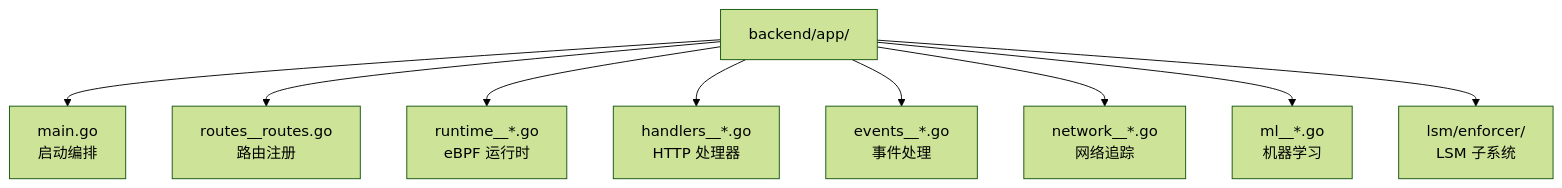
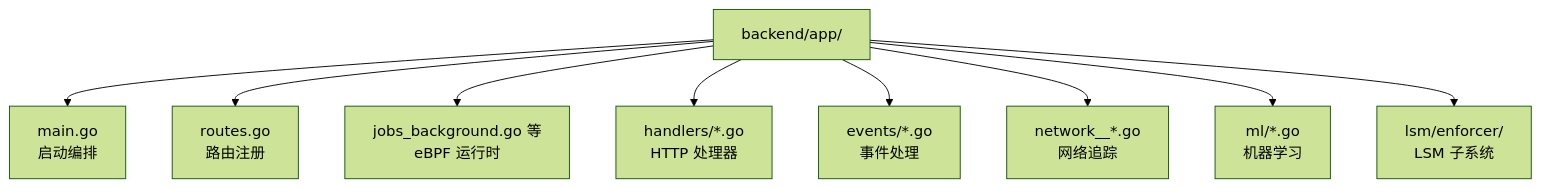
One commit to stevessr/agent-ebpf-filter changed the first of 3 diagrams in docs/reference/implementation-patterns.md. Above: the diagram before and after it, drawn with Mermaid (forest theme). The commit also changed other lines of this file and 13 other files, not shown here.

````diff
--- a/docs/reference/implementation-patterns.md
+++ b/docs/reference/implementation-patterns.md
@@ -430,12 +430,12 @@
 ```mermaid
 flowchart TD
     Root["backend/app/"]
     Root --> Main["main.go<br/>启动编排"]
-    Root --> Routes["routes__routes.go<br/>路由注册"]
-    Root --> Runtime["runtime__*.go<br/>eBPF 运行时"]
-    Root --> Handlers["handlers__*.go<br/>HTTP 处理器"]
-    Root --> Events["events__*.go<br/>事件处理"]
+    Root --> Routes["routes.go<br/>路由注册"]
+    Root --> Runtime["jobs_background.go 等<br/>eBPF 运行时"]
+    Root --> Handlers["handlers/*.go<br/>HTTP 处理器"]
+    Root --> Events["events/*.go<br/>事件处理"]
     Root --> Network["network__*.go<br/>网络追踪"]
-    Root --> ML["ml__*.go<br/>机器学习"]
+    Root --> ML["ml/*.go<br/>机器学习"]
     Root --> LSM["lsm/enforcer/<br/>LSM 子系统"]
 ```
````
